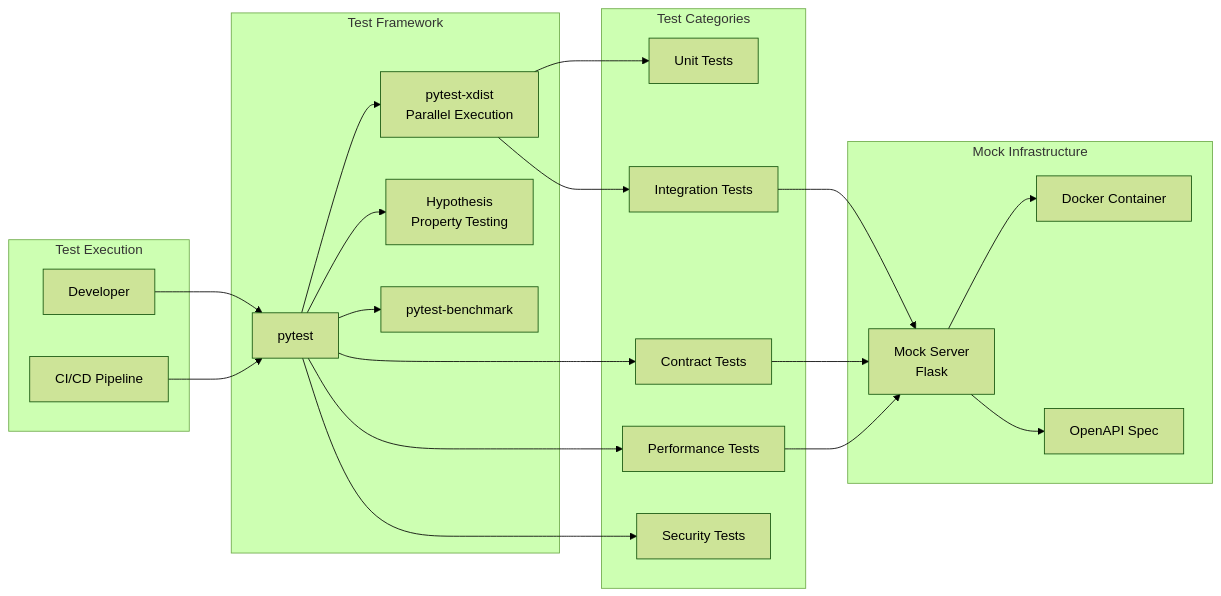
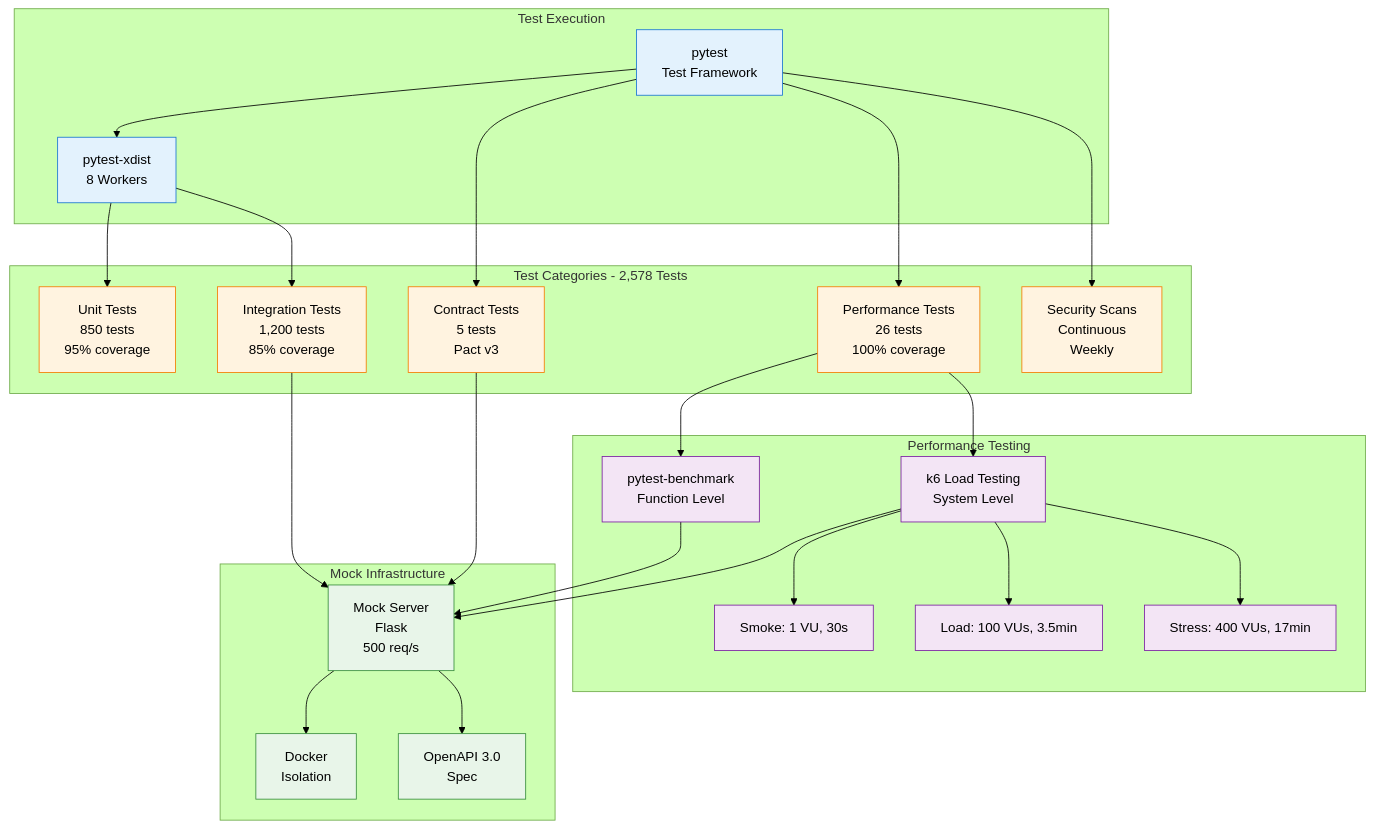
Before and after one commit to johanna-II/BillingTest: the second of 7 diagrams in docs/ARCHITECTURE.md, drawn with Mermaid (forest theme). The commit also changed other lines of this file and 5 other files, not shown here.

````diff
--- a/docs/ARCHITECTURE.md
+++ b/docs/ARCHITECTURE.md
@@ -51,46 +68,59 @@
 ```mermaid
-graph LR
+graph TB
     subgraph "Test Execution"
-        DEV[Developer]
-        CI[CI/CD Pipeline]
+        PYTEST[pytest<br/>Test Framework]
+        XDIST[pytest-xdist<br/>8 Workers]
     end
 
-    subgraph "Test Framework"
-        PYTEST[pytest]
-        XDIST[pytest-xdist<br/>Parallel Execution]
-        HYPOTHESIS[Hypothesis<br/>Property Testing]
-        BENCH[pytest-benchmark]
+    subgraph "Test Categories - 2,578 Tests"
+        UNIT[Unit Tests<br/>850 tests<br/>95% coverage]
+        INTEGRATION[Integration Tests<br/>1,200 tests<br/>85% coverage]
+        PERFORMANCE[Performance Tests<br/>26 tests<br/>100% coverage]
+        CONTRACT[Contract Tests<br/>5 tests<br/>Pact v3]
+        SECURITY[Security Scans<br/>Continuous<br/>Weekly]
     end
 
-    subgraph "Test Categories"
-        UNIT[Unit Tests]
-        INT[Integration Tests]
-        CONT[Contract Tests]
-        PERF[Performance Tests]
-        SEC[Security Tests]
+    subgraph "Performance Testing"
+        BENCHMARK[pytest-benchmark<br/>Function Level]
+        K6[k6 Load Testing<br/>System Level]
+        SMOKE[Smoke: 1 VU, 30s]
+        LOAD[Load: 100 VUs, 3.5min]
+        STRESS[Stress: 400 VUs, 17min]
     end
 
     subgraph "Mock Infrastructure"
-        MOCK[Mock Server<br/>Flask]
-        DOCKER[Docker Container]
-        OPENAPI[OpenAPI Spec]
+        MOCK[Mock Server<br/>Flask<br/>500 req/s]
+        DOCKER[Docker<br/>Isolation]
+        OPENAPI[OpenAPI 3.0<br/>Spec]
     end
 
-    DEV --> PYTEST
-    CI --> PYTEST
     PYTEST --> XDIST
-    PYTEST --> HYPOTHESIS
-    PYTEST --> BENCH
+    XDIST --> UNIT
+    XDIST --> INTEGRATION
+    PYTEST --> PERFORMANCE
+    PYTEST --> CONTRACT
+    PYTEST --> SECURITY
 
-    XDIST --> UNIT
-    XDIST --> INT
-    PYTEST --> CONT
-    PYTEST --> PERF
-    PYTEST --> SEC
+    PERFORMANCE --> BENCHMARK
+    PERFORMANCE --> K6
+    K6 --> SMOKE
+    K6 --> LOAD
+    K6 --> STRESS
 
-    INT --> MOCK
-    CONT --> MOCK
-    PERF --> MOCK
+    INTEGRATION --> MOCK
+    CONTRACT --> MOCK
+    BENCHMARK --> MOCK
+    K6 --> MOCK
     MOCK --> DOCKER
     MOCK --> OPENAPI
+
+    classDef exec fill:#e3f2fd,stroke:#1976d2
+    classDef tests fill:#fff3e0,stroke:#f57c00
+    classDef perf fill:#f3e5f5,stroke:#7b1fa2
+    classDef mock fill:#e8f5e9,stroke:#388e3c
+
+    class PYTEST,XDIST exec
+    class UNIT,INTEGRATION,PERFORMANCE,CONTRACT,SECURITY tests
+    class BENCHMARK,K6,SMOKE,LOAD,STRESS perf
+    class MOCK,DOCKER,OPENAPI mock
 ```
````
